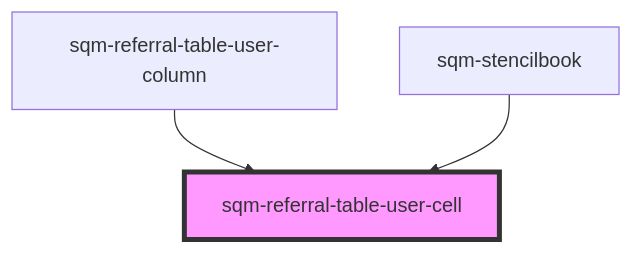
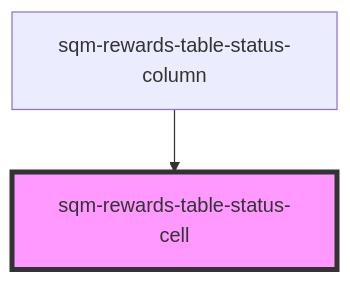
Before and after one commit to saasquatch/program-tools: the diagram in packages/mint-components/src/components/sqm-rewards-table/cells/readme.md, drawn with Mermaid. The commit also changed other lines of this file and 7 other files, not shown here.

````diff
--- a/packages/mint-components/src/components/sqm-rewards-table/cells/readme.md
+++ b/packages/mint-components/src/components/sqm-rewards-table/cells/readme.md
@@ -23,6 +23,5 @@
 ```mermaid
 graph TD;
-  sqm-referral-table-user-column --> sqm-referral-table-user-cell
-  sqm-stencilbook --> sqm-referral-table-user-cell
-  style sqm-referral-table-user-cell fill:#f9f,stroke:#333,stroke-width:4px
+  sqm-rewards-table-status-column --> sqm-rewards-table-status-cell
+  style sqm-rewards-table-status-cell fill:#f9f,stroke:#333,stroke-width:4px
 ```
````
